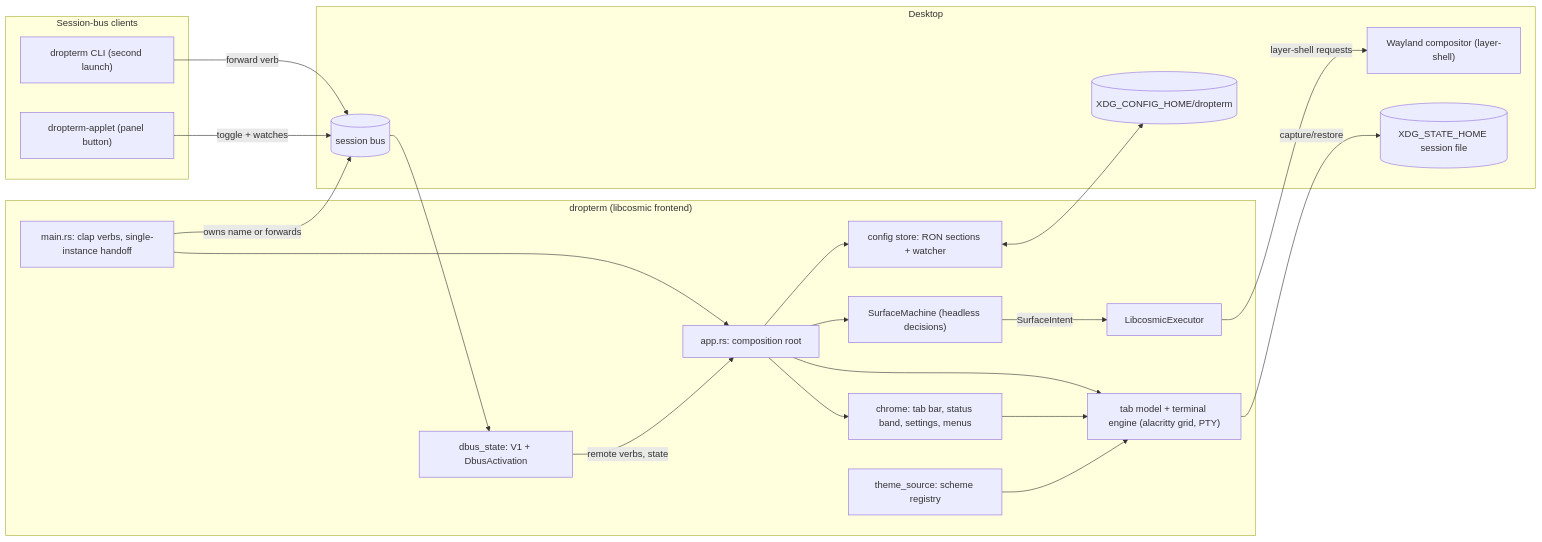
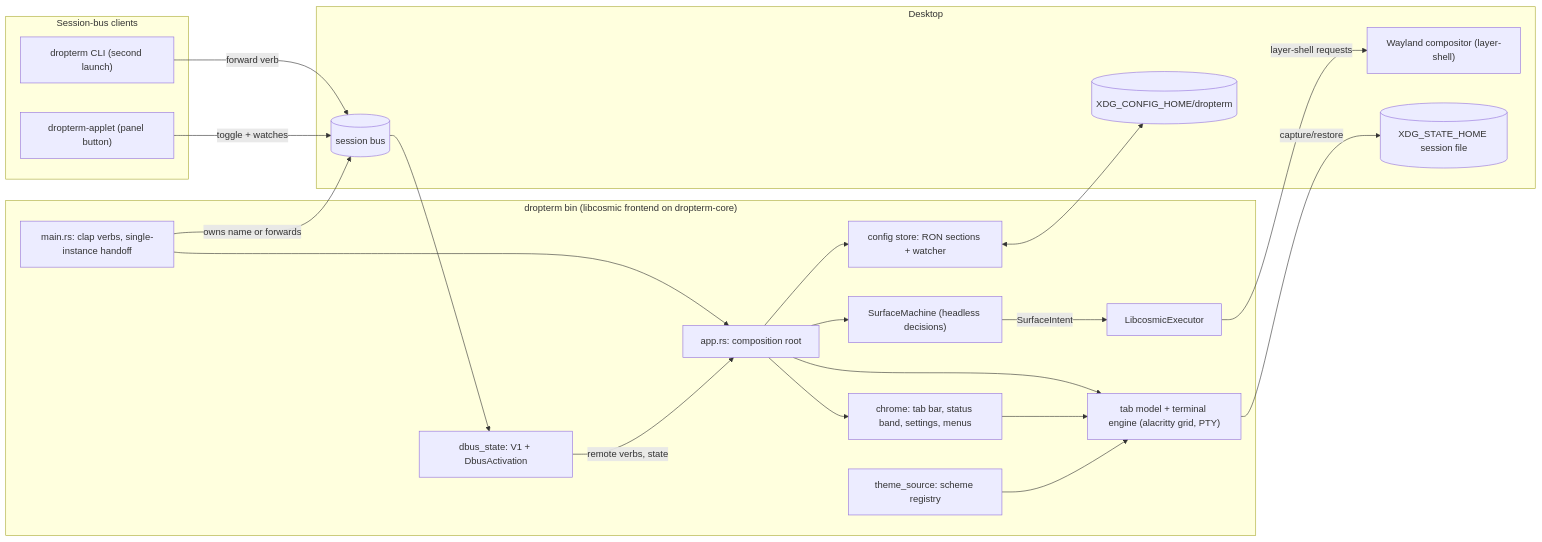
Before and after one commit to l1br3-io/cosmic-ext-dropterm: the first of 2 diagrams in docs/architecture.md, drawn with Mermaid. The commit also changed other lines of this file and 3 other files, not shown here.

````diff
--- a/docs/architecture.md
+++ b/docs/architecture.md
@@ -15,40 +15,40 @@
 ```mermaid
 flowchart LR
     subgraph clients["Session-bus clients"]
         CLI["dropterm CLI (second launch)"]
         APPLET["dropterm-applet (panel button)"]
     end
-    subgraph process["dropterm (libcosmic frontend)"]
+    subgraph process["dropterm bin (libcosmic frontend on dropterm-core)"]
         MAIN["main.rs: clap verbs, single-instance handoff"]
         DBUS["dbus_state: V1 + DbusActivation"]
         ROOT["app.rs: composition root"]
         MACHINE["SurfaceMachine (headless decisions)"]
         EXEC["LibcosmicExecutor"]
         CONFIG["config store: RON sections + watcher"]
         TABS["tab model + terminal engine (alacritty grid, PTY)"]
         CHROME["chrome: tab bar, status band, settings, menus"]
         THEME["theme_source: scheme registry"]
     end
     subgraph desktop["Desktop"]
         BUS[("session bus")]
         WL["Wayland compositor (layer-shell)"]
         FILES[("XDG_CONFIG_HOME/dropterm")]
         STATE[("XDG_STATE_HOME session file")]
     end
     CLI -->|forward verb| BUS
     APPLET -->|toggle + watches| BUS
     BUS --> DBUS
     MAIN -->|owns name or forwards| BUS
     MAIN --> ROOT
     DBUS -->|remote verbs, state| ROOT
     ROOT --> MACHINE
     ROOT --> TABS
     ROOT --> CHROME
     ROOT --> CONFIG
     MACHINE -->|SurfaceIntent| EXEC
     EXEC -->|layer-shell requests| WL
     CHROME --> TABS
     THEME --> TABS
     CONFIG <--> FILES
     TABS -->|capture/restore| STATE
 ```
````
